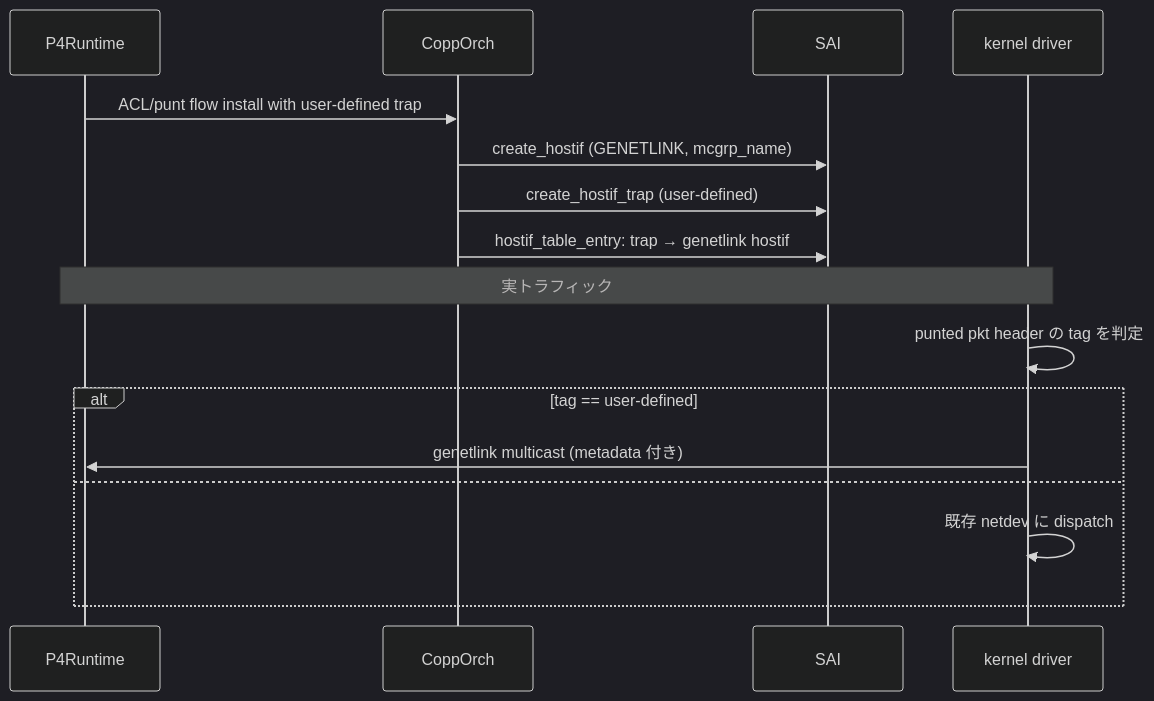
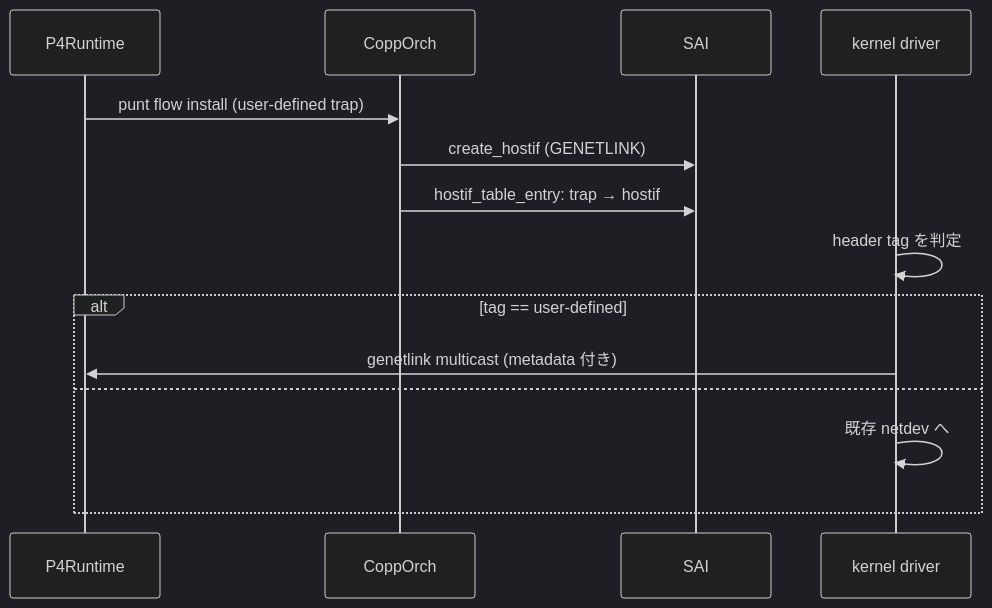
One commit to aoki-taquan/sonic-unofficial-docs changed the first of 2 diagrams in docs/management/packetio.md. Above: the diagram before and after it, drawn with Mermaid (dark theme). The commit also changed other lines of this file and 4 other files, not shown here.

````diff
--- a/docs/management/packetio.md
+++ b/docs/management/packetio.md
@@ -54,18 +47,16 @@
 ```mermaid
 sequenceDiagram
     participant P4 as P4Runtime
     participant CO as CoppOrch
     participant SAI
     participant KDR as kernel driver
-    P4->>CO: ACL/punt flow install with user-defined trap
-    CO->>SAI: create_hostif (GENETLINK, mcgrp_name)
-    CO->>SAI: create_hostif_trap (user-defined)
-    CO->>SAI: hostif_table_entry: trap → genetlink hostif
-    Note over P4,KDR: 実トラフィック
-    KDR->>KDR: punted pkt header の tag を判定
+    P4->>CO: punt flow install (user-defined trap)
+    CO->>SAI: create_hostif (GENETLINK)
+    CO->>SAI: hostif_table_entry: trap → hostif
+    KDR->>KDR: header tag を判定
     alt tag == user-defined
         KDR->>P4: genetlink multicast (metadata 付き)
     else
-        KDR->>KDR: 既存 netdev に dispatch
+        KDR->>KDR: 既存 netdev へ
     end
 ```
````
